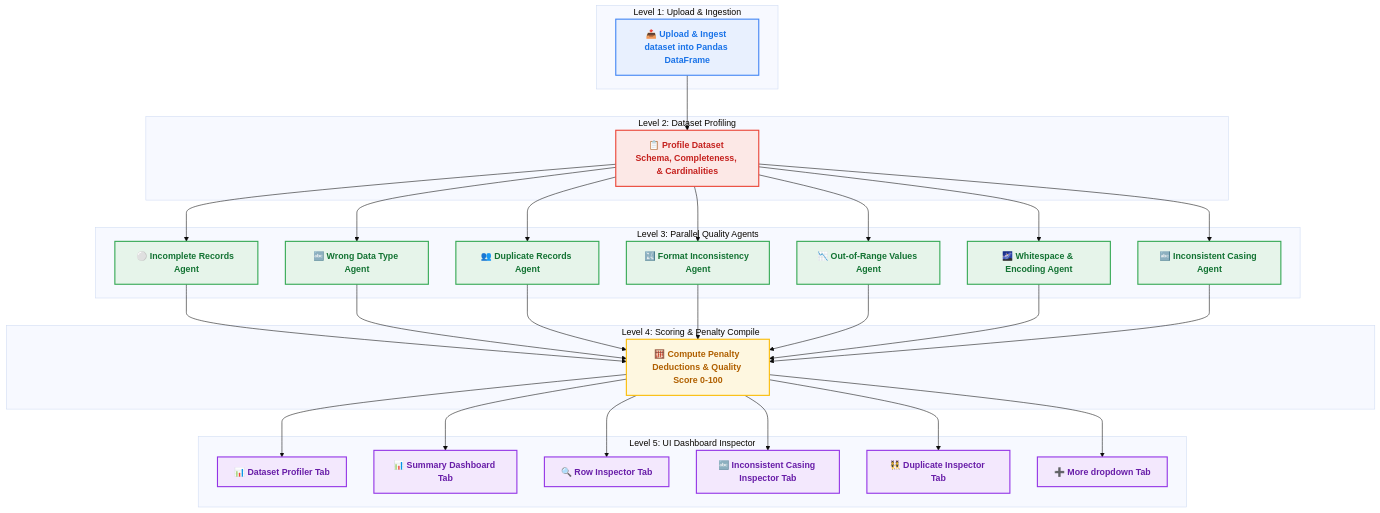
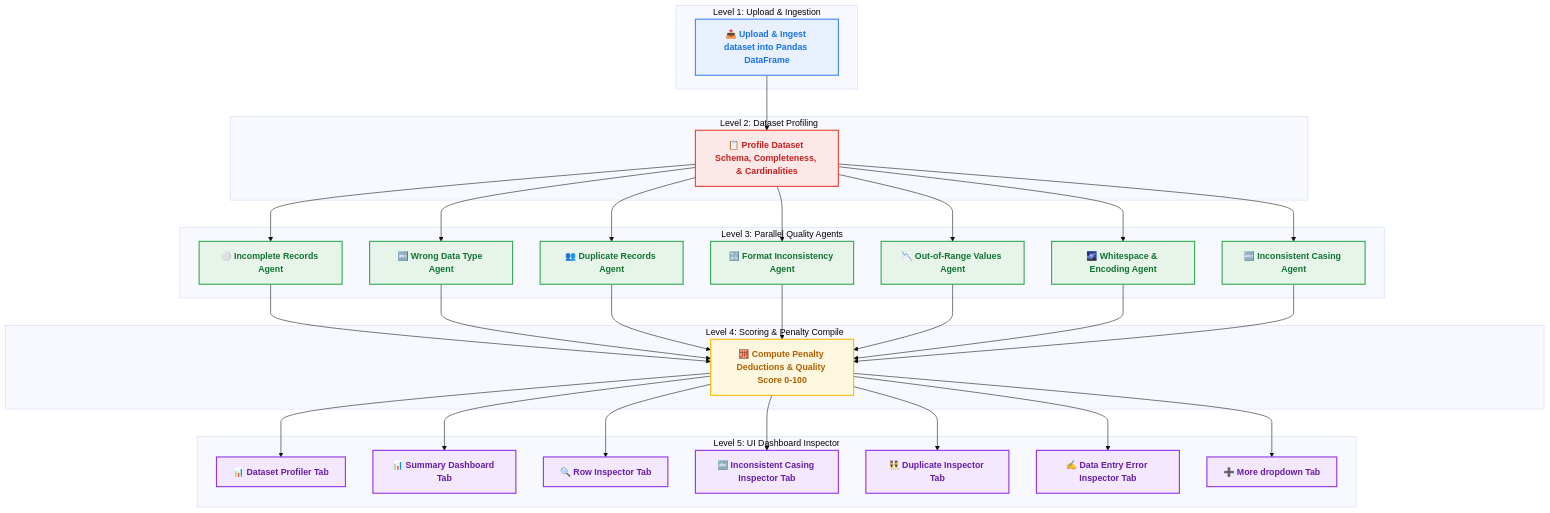
Before and after one commit to atishayj2202/DataDiscrepancy: the diagram in workflow.md, drawn with Mermaid (base theme). The commit also changed other lines of this file and 7 other files, not shown here.

````diff
--- a/workflow.md
+++ b/workflow.md
@@ -11,50 +11,51 @@
 ```mermaid
 graph TD
     %% Style definitions by workflow level (each level has its own color scheme)
     classDef level1 fill:#E8F0FE,stroke:#4285F4,stroke-width:2px,color:#1A73E8,font-weight:bold;
     classDef level2 fill:#FCE8E6,stroke:#EA4335,stroke-width:2px,color:#C5221F,font-weight:bold;
     classDef level3 fill:#E6F4EA,stroke:#34A853,stroke-width:2px,color:#137333,font-weight:bold;
     classDef level4 fill:#FEF7E0,stroke:#FBBC05,stroke-width:2px,color:#B06000,font-weight:bold;
     classDef level5 fill:#F3E8FD,stroke:#9334E6,stroke-width:2px,color:#681DA8,font-weight:bold;
 
     %% Level 1: Ingestion
     subgraph L1 [Level 1: Upload & Ingestion]
         A["📤 Upload & Ingest dataset into Pandas DataFrame"]
     end
     class A level1;
 
     %% Level 2: Profiler
     subgraph L2 [Level 2: Dataset Profiling]
         A --> C["📋 Profile Dataset Schema, Completeness, & Cardinalities"]
     end
     class C level2;
 
     %% Level 3: Active Quality Agents
     subgraph L3 [Level 3: Parallel Quality Agents]
         C --> F["⚪ Incomplete Records Agent"]
         C --> G["🔤 Wrong Data Type Agent"]
         C --> H["👥 Duplicate Records Agent"]
         C --> I["🔣 Format Inconsistency Agent"]
         C --> J["📉 Out-of-Range Values Agent"]
         C --> K["🌌 Whitespace & Encoding Agent"]
         C --> L["🔤 Inconsistent Casing Agent"]
     end
     class F,G,H,I,J,K,L level3;
 
     %% Level 4: scoring & Compilation
     subgraph L4 [Level 4: Scoring & Penalty Compile]
         F & G & H & I & J & K & L --> M["🧮 Compute Penalty Deductions & Quality Score 0-100"]
     end
     class M level4;
 
     %% Level 5: UI & Inspector Tabs
     subgraph L5 [Level 5: UI Dashboard Inspector]
         M --> P["📊 Dataset Profiler Tab"]
         M --> Q["📊 Summary Dashboard Tab"]
         M --> R["🔍 Row Inspector Tab"]
         M --> S["🔤 Inconsistent Casing Inspector Tab"]
         M --> T["👯 Duplicate Inspector Tab"]
+        M --> V["✍️ Data Entry Error Inspector Tab"]
         M --> U["➕ More dropdown Tab"]
     end
-    class P,Q,R,S,T,U level5;
+    class P,Q,R,S,T,V,U level5;
 ```
````
